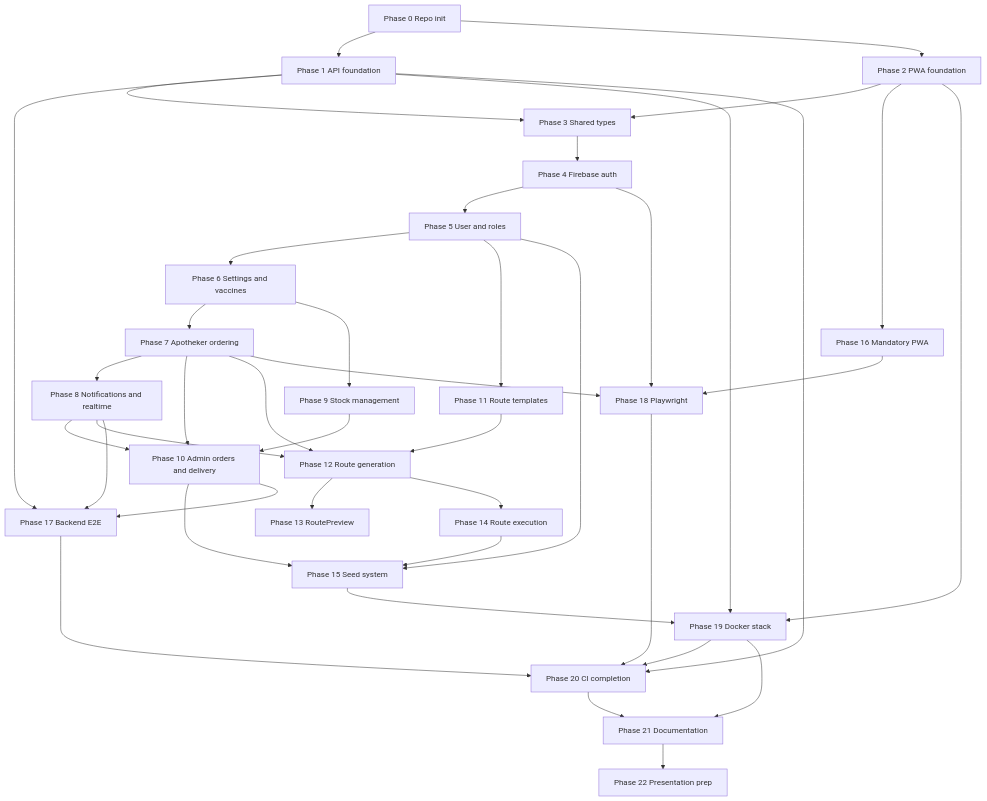
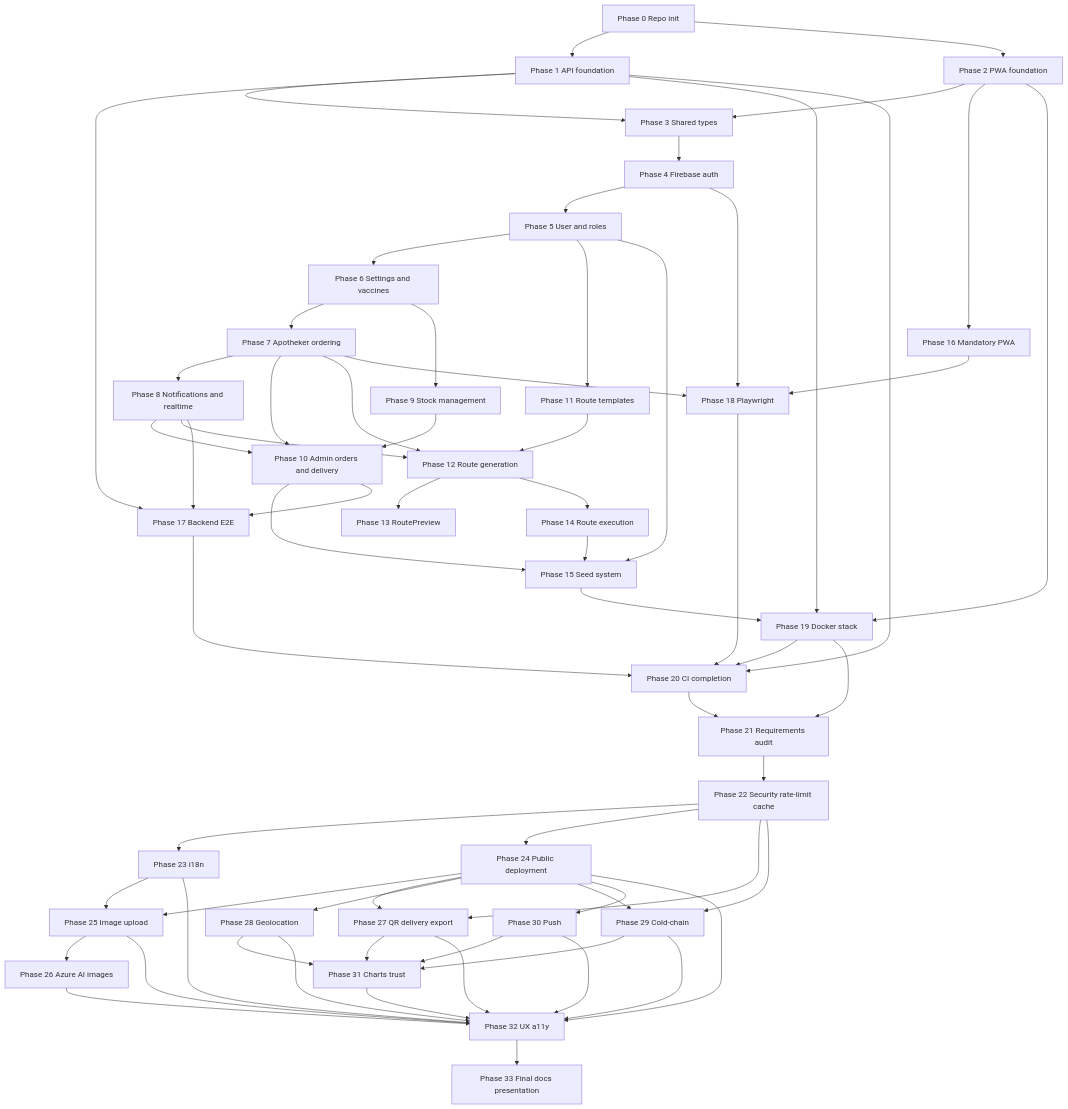
The diagram in docs/implementation-roadmap.md (Maciej-Mitura/AFSDVaccins), drawn with Mermaid before and after one commit. The commit also changed other lines of this file and 5 other files, not shown here.

Commit message:
docs(phase-21): audit requirements and plan enhancements

````diff
--- a/docs/implementation-roadmap.md
+++ b/docs/implementation-roadmap.md
@@ -61,8 +61,19 @@
   P18[Phase 18 Playwright]
   P19[Phase 19 Docker stack]
   P20[Phase 20 CI completion]
-  P21[Phase 21 Documentation]
-  P22[Phase 22 Presentation prep]
+  P21[Phase 21 Requirements audit]
+  P22[Phase 22 Security rate-limit cache]
+  P23[Phase 23 i18n]
+  P24[Phase 24 Public deployment]
+  P25[Phase 25 Image upload]
+  P26[Phase 26 Azure AI images]
+  P27[Phase 27 QR delivery export]
+  P28[Phase 28 Geolocation]
+  P29[Phase 29 Cold-chain]
+  P30[Phase 30 Push]
+  P31[Phase 31 Charts trust]
+  P32[Phase 32 UX a11y]
+  P33[Phase 33 Final docs presentation]
 
   P0 --> P1
   P0 --> P2
@@ -103,4 +114,29 @@
   P19 --> P21
   P20 --> P21
   P21 --> P22
+  P22 --> P23
+  P22 --> P24
+  P22 --> P27
+  P22 --> P29
+  P23 --> P25
+  P23 --> P32
+  P24 --> P25
+  P24 --> P27
+  P24 --> P28
+  P24 --> P29
+  P24 --> P30
+  P24 --> P32
+  P25 --> P26
+  P25 --> P32
+  P26 --> P32
+  P27 --> P31
+  P27 --> P32
+  P28 --> P31
+  P28 --> P32
+  P29 --> P31
+  P29 --> P32
+  P30 --> P31
+  P30 --> P32
+  P31 --> P32
+  P32 --> P33
 ```
````
